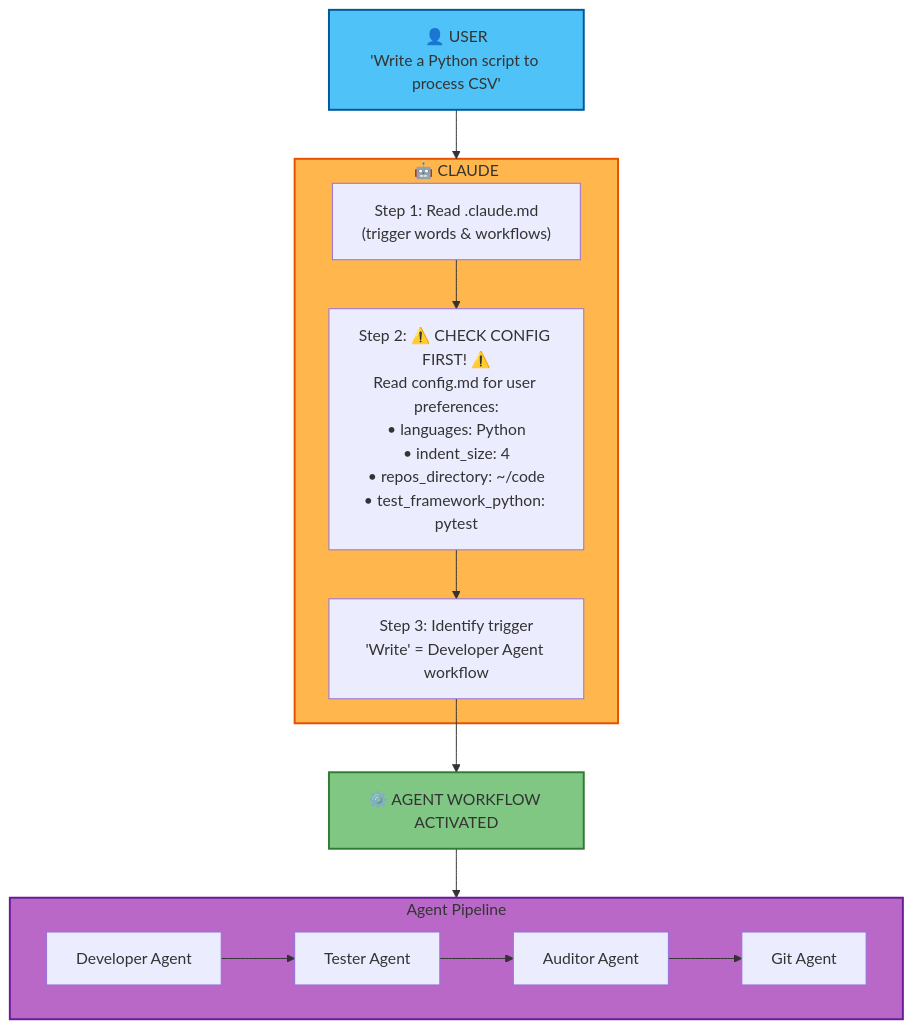
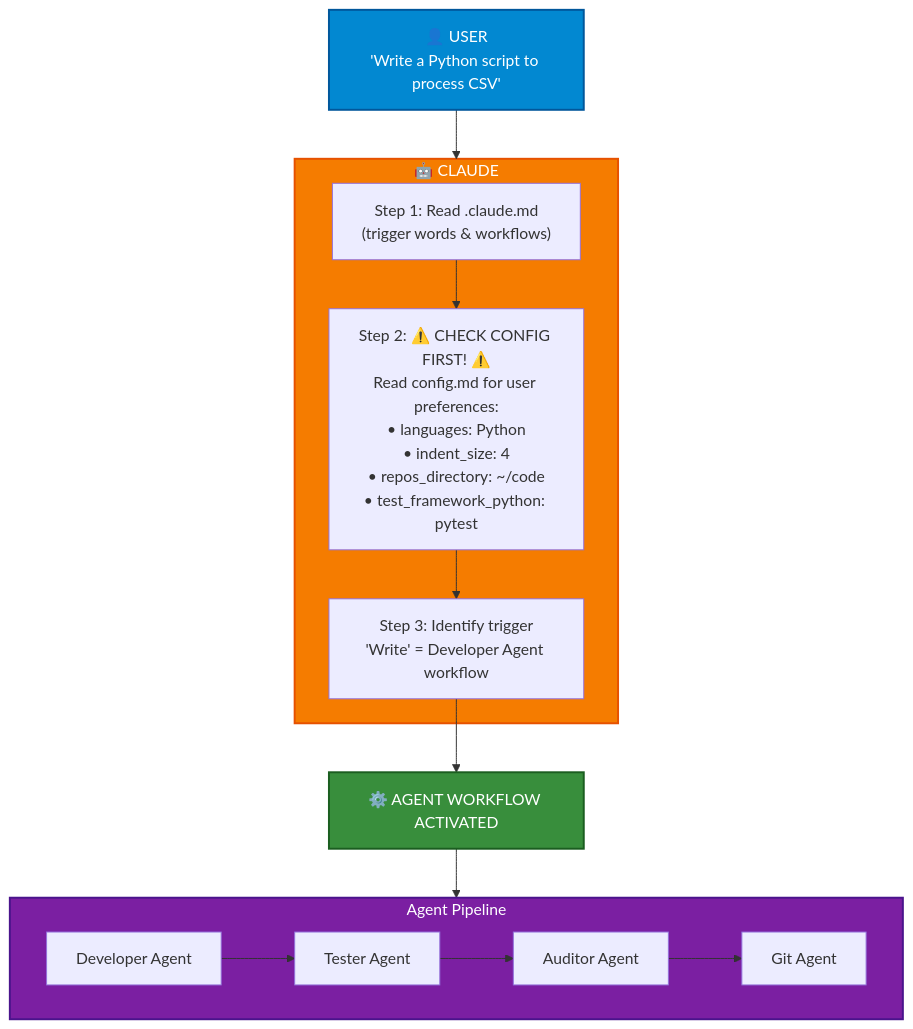
One commit to rhwendt/vaulty changed the first of 9 diagrams in INTERACTION-DIAGRAM.md. Above: the diagram before and after it, drawn with Mermaid. The commit also changed other lines of this file and 2 other files, not shown here.

````diff
--- a/INTERACTION-DIAGRAM.md
+++ b/INTERACTION-DIAGRAM.md
@@ -7,33 +7,33 @@
 ```mermaid
 flowchart TD
     User["👤 USER<br/>'Write a Python script to process CSV'"]
 
     subgraph Claude["🤖 CLAUDE"]
         Step1["Step 1: Read .claude.md<br/>(trigger words & workflows)"]
         Step2["Step 2: ⚠️ CHECK CONFIG FIRST! ⚠️<br/>Read config.md for user preferences:<br/>• languages: Python<br/>• indent_size: 4<br/>• repos_directory: ~/code<br/>• test_framework_python: pytest"]
         Step3["Step 3: Identify trigger<br/>'Write' = Developer Agent workflow"]
 
         Step1 --> Step2
         Step2 --> Step3
     end
 
     Workflow["⚙️ AGENT WORKFLOW ACTIVATED"]
 
     subgraph Agents["Agent Pipeline"]
         Dev["Developer Agent"]
         Test["Tester Agent"]
         Audit["Auditor Agent"]
         Git["Git Agent"]
 
         Dev --> Test --> Audit --> Git
     end
 
     User --> Claude
     Step3 --> Workflow
     Workflow --> Agents
 
-    style User fill:#4fc3f7,stroke:#01579b,stroke-width:2px
-    style Claude fill:#ffb74d,stroke:#e65100,stroke-width:2px
-    style Workflow fill:#81c784,stroke:#2e7d32,stroke-width:2px
-    style Agents fill:#ba68c8,stroke:#6a1b9a,stroke-width:2px
+    style User fill:#0288d1,stroke:#01579b,stroke-width:2px,color:#fff
+    style Claude fill:#f57c00,stroke:#e65100,stroke-width:2px,color:#fff
+    style Workflow fill:#388e3c,stroke:#1b5e20,stroke-width:2px,color:#fff
+    style Agents fill:#7b1fa2,stroke:#4a148c,stroke-width:2px,color:#fff
 ```
````
